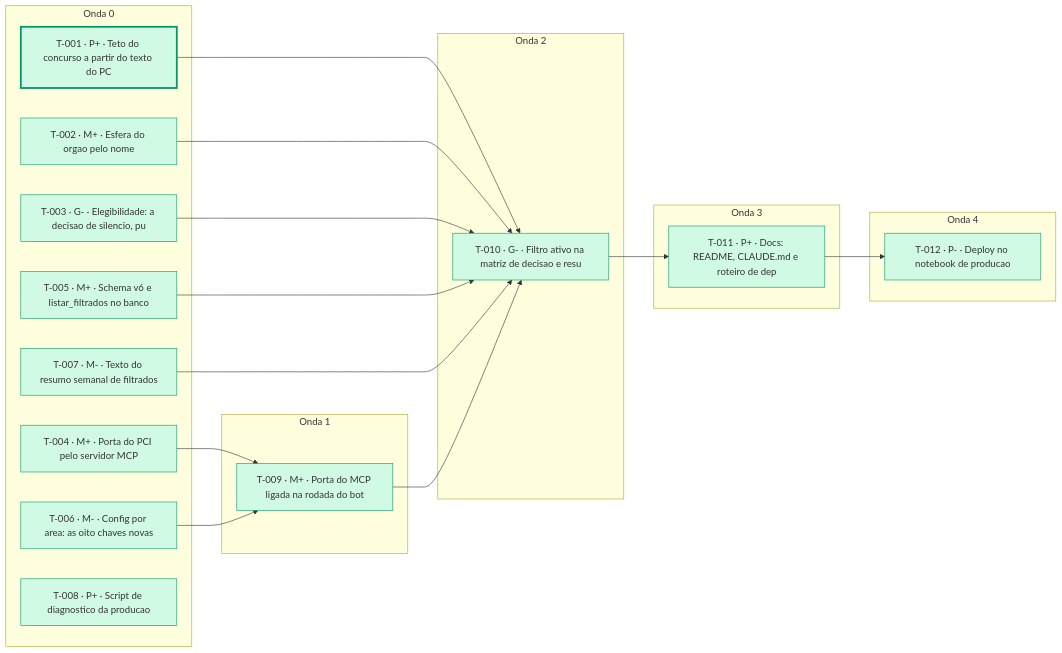
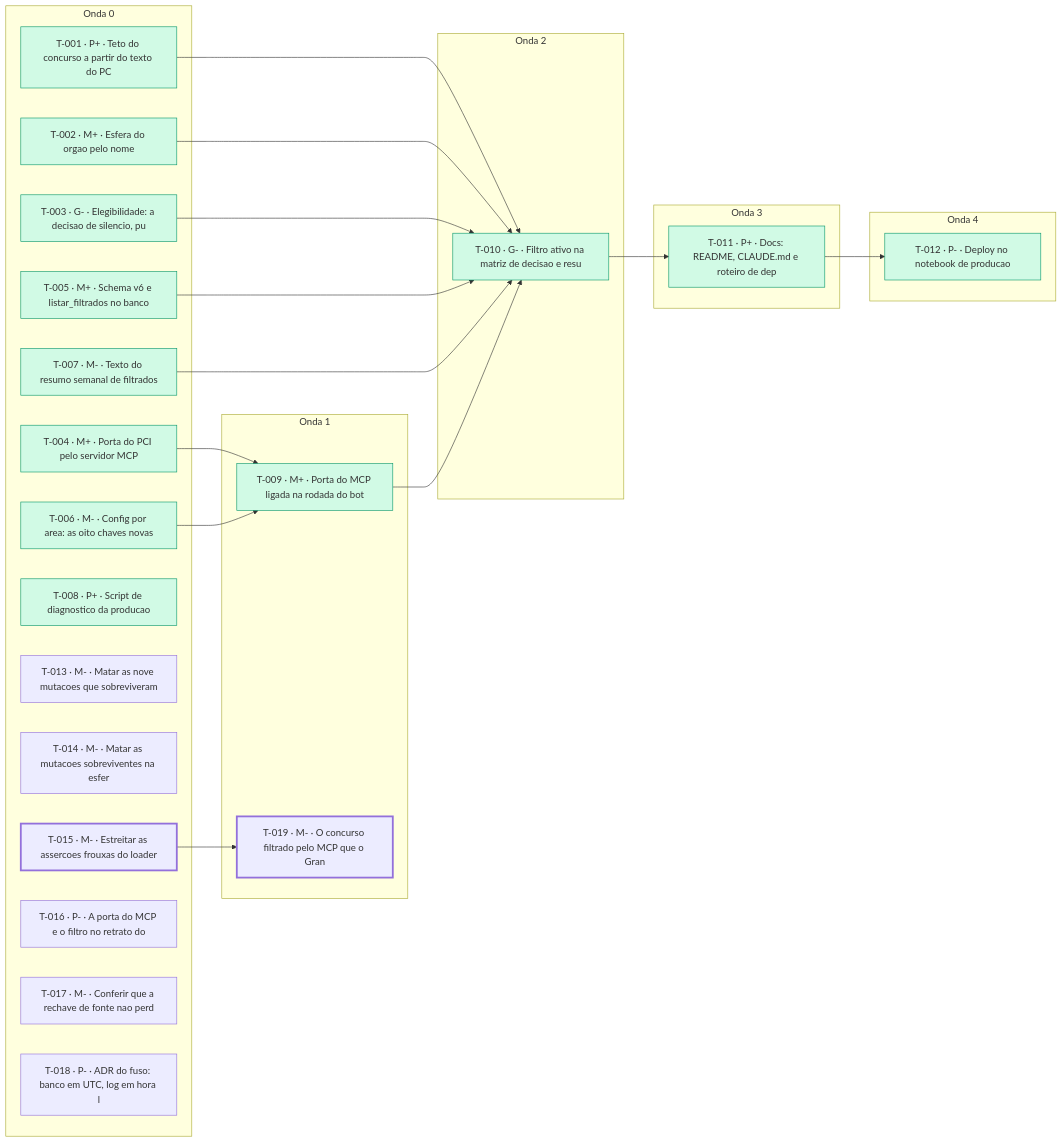
Before and after one commit to lucasmsorrentino/monitor_concursos_ti: the diagram in kanban/MAPA.md, drawn with Mermaid. The commit also changed other lines of this file and 8 other files, not shown here.

````diff
--- a/kanban/MAPA.md
+++ b/kanban/MAPA.md
@@ -67,39 +74,47 @@
 ```mermaid
 graph LR
   subgraph O0["Onda 0"]
     T001["T-001 · P+ · Teto do concurso a partir do texto do PC"]
     T002["T-002 · M+ · Esfera do orgao pelo nome"]
     T003["T-003 · G- · Elegibilidade: a decisao de silencio, pu"]
     T004["T-004 · M+ · Porta do PCI pelo servidor MCP"]
     T005["T-005 · M+ · Schema v6 e listar_filtrados no banco"]
     T006["T-006 · M- · Config por area: as oito chaves novas"]
     T007["T-007 · M- · Texto do resumo semanal de filtrados"]
     T008["T-008 · P+ · Script de diagnostico da producao"]
+    T013["T-013 · M- · Matar as nove mutacoes que sobreviveram "]
+    T014["T-014 · M- · Matar as mutacoes sobreviventes na esfer"]
+    T015["T-015 · M- · Estreitar as assercoes frouxas do loader"]
+    T016["T-016 · P- · A porta do MCP e o filtro no retrato do "]
+    T017["T-017 · M- · Conferir que a rechave de fonte nao perd"]
+    T018["T-018 · P- · ADR do fuso: banco em UTC, log em hora l"]
   end
   subgraph O1["Onda 1"]
     T009["T-009 · M+ · Porta do MCP ligada na rodada do bot"]
+    T019["T-019 · M- · O concurso filtrado pelo MCP que o Gran "]
   end
   subgraph O2["Onda 2"]
     T010["T-010 · G- · Filtro ativo na matriz de decisao e resu"]
   end
   subgraph O3["Onda 3"]
     T011["T-011 · P+ · Docs: README, CLAUDE.md e roteiro de dep"]
   end
   subgraph O4["Onda 4"]
     T012["T-012 · P- · Deploy no notebook de producao"]
   end
   T004 --> T009
   T006 --> T009
   T001 --> T010
   T002 --> T010
   T003 --> T010
   T005 --> T010
   T007 --> T010
   T009 --> T010
   T010 --> T011
   T011 --> T012
+  T015 --> T019
   classDef integrado fill:#d1fae5,stroke:#059669
   class T001,T002,T003,T004,T005,T006,T007,T008,T009,T010,T011,T012 integrado
   classDef critico stroke-width:3px
-  class T001 critico
+  class T015,T019 critico
 ```
````
